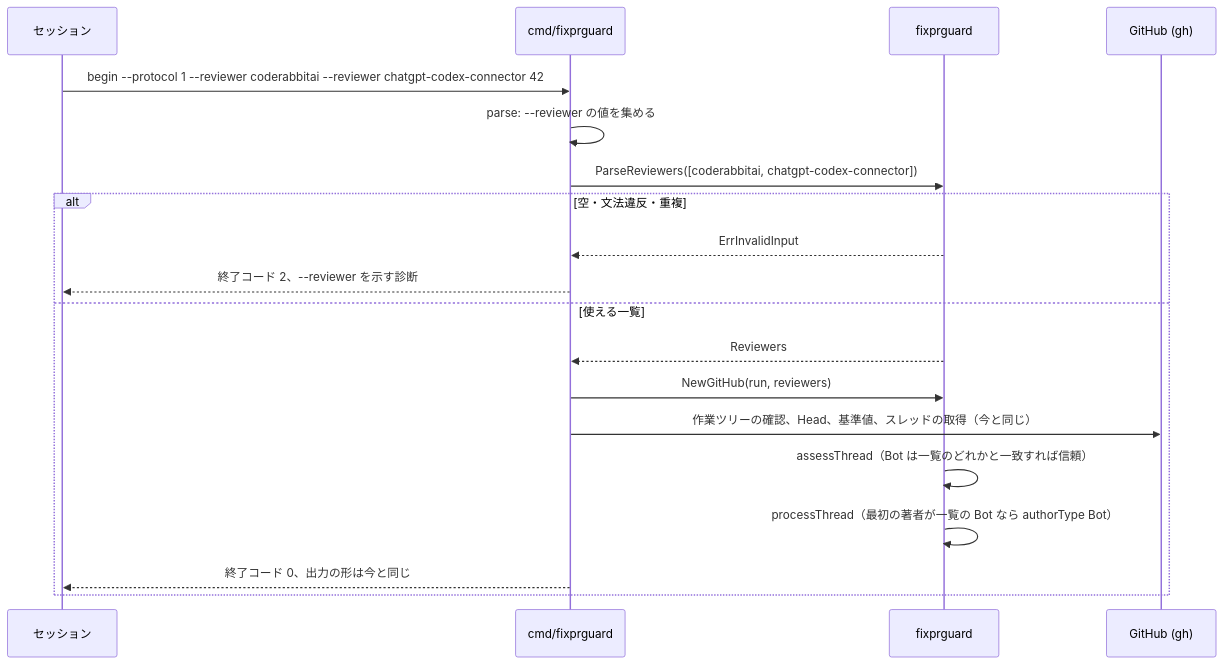
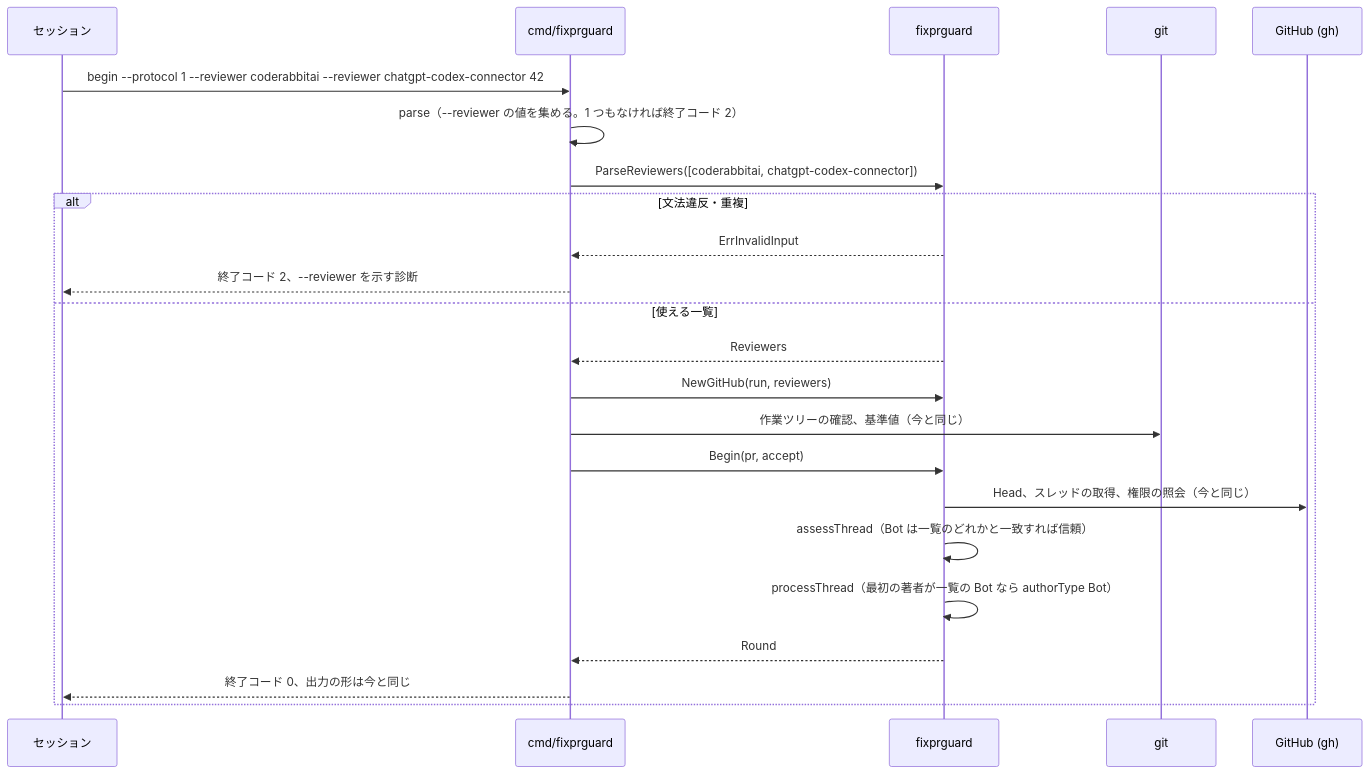
Before and after one commit to isseis/yt2column: the third of 6 diagrams in docs/tasks/0033_multiple_trusted_reviewers/02_architecture.md, drawn with Mermaid. The commit also changed other lines of this file, not shown here.

First line of the commit message:
docs(0033): address architecture review findings

````diff
--- a/docs/tasks/0033_multiple_trusted_reviewers/02_architecture.md
+++ b/docs/tasks/0033_multiple_trusted_reviewers/02_architecture.md
@@ -192,22 +197,26 @@
 ```mermaid
 sequenceDiagram
     participant S as セッション
     participant M as cmd/fixprguard
     participant F as fixprguard
+    participant W as git
     participant G as GitHub (gh)
 
     S->>M: begin --protocol 1 --reviewer coderabbitai --reviewer chatgpt-codex-connector 42
-    M->>M: parse: --reviewer の値を集める
+    M->>M: parse（--reviewer の値を集める。1 つもなければ終了コード 2）
     M->>F: ParseReviewers([coderabbitai, chatgpt-codex-connector])
-    alt 空・文法違反・重複
+    alt 文法違反・重複
         F-->>M: ErrInvalidInput
         M-->>S: 終了コード 2、--reviewer を示す診断
     else 使える一覧
         F-->>M: Reviewers
         M->>F: NewGitHub(run, reviewers)
-        M->>G: 作業ツリーの確認、Head、基準値、スレッドの取得（今と同じ）
+        M->>W: 作業ツリーの確認、基準値（今と同じ）
+        M->>F: Begin(pr, accept)
+        F->>G: Head、スレッドの取得、権限の照会（今と同じ）
         F->>F: assessThread（Bot は一覧のどれかと一致すれば信頼）
         F->>F: processThread（最初の著者が一覧の Bot なら authorType Bot）
+        F-->>M: Round
         M-->>S: 終了コード 0、出力の形は今と同じ
     end
 ```
````
